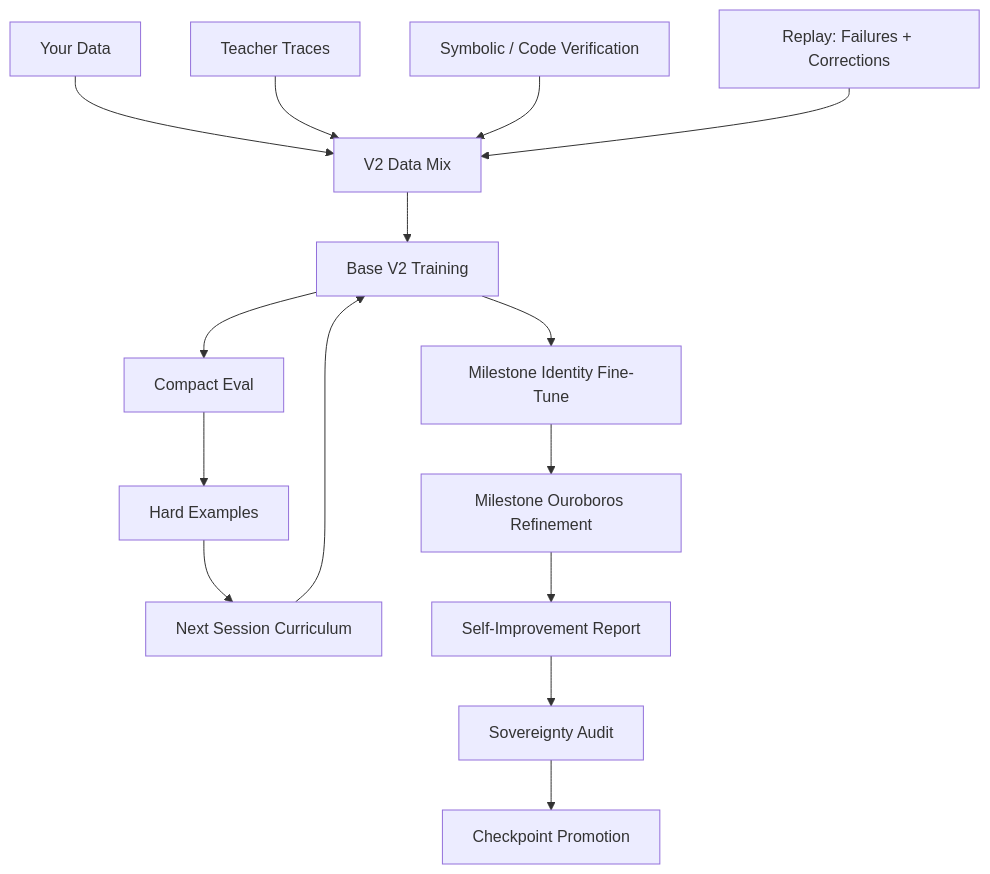
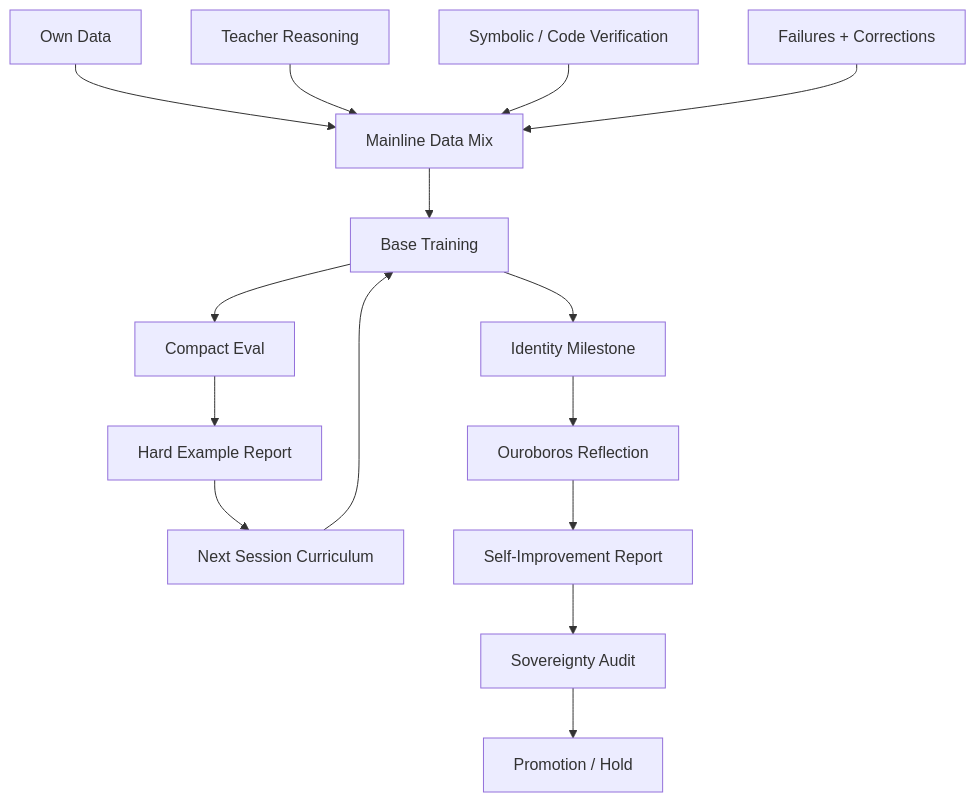
One commit to dhurv0045com-spec/An-Ra-the-new-AGI changed the diagram in VISION.md. Above: the diagram before and after it, drawn with Mermaid. The commit also changed other lines of this file and 7 other files, not shown here.

````diff
--- a/VISION.md
+++ b/VISION.md
@@ -147,19 +162,19 @@
 ```mermaid
 flowchart TD
-    A["Your Data"] --> B["V2 Data Mix"]
-    T["Teacher Traces"] --> B
+    A["Own Data"] --> B["Mainline Data Mix"]
+    T["Teacher Reasoning"] --> B
     S["Symbolic / Code Verification"] --> B
-    R["Replay: Failures + Corrections"] --> B
+    R["Failures + Corrections"] --> B
 
-    B --> C["Base V2 Training"]
+    B --> C["Base Training"]
     C --> D["Compact Eval"]
-    D --> E["Hard Examples"]
+    D --> E["Hard Example Report"]
     E --> F["Next Session Curriculum"]
     F --> C
 
-    C --> G["Milestone Identity Fine-Tune"]
-    G --> H["Milestone Ouroboros Refinement"]
+    C --> G["Identity Milestone"]
+    G --> H["Ouroboros Reflection"]
     H --> I["Self-Improvement Report"]
     I --> J["Sovereignty Audit"]
-    J --> K["Checkpoint Promotion"]
+    J --> K["Promotion / Hold"]
 ```
````
